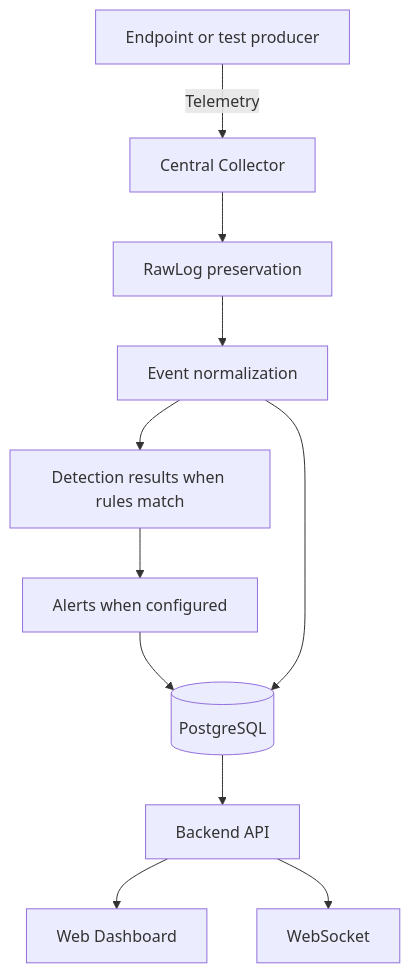
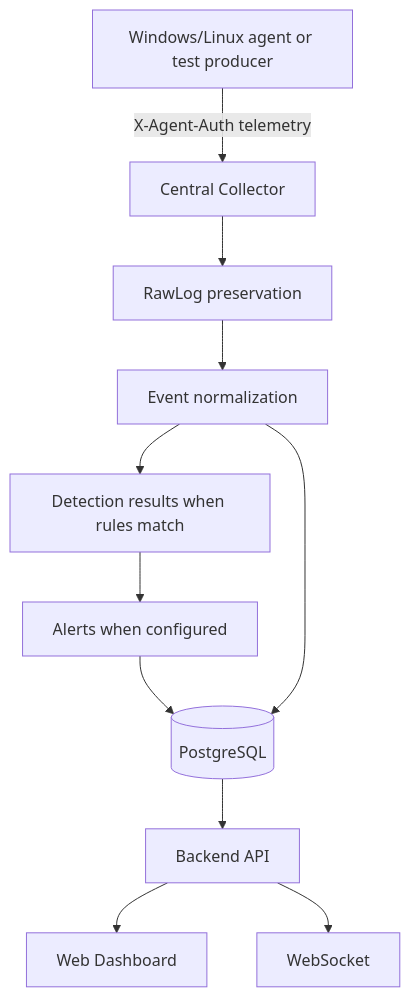
Before and after one commit to vishal-s-se/SOC-Monitoring-Dashboard: the diagram in docs/architecture/README.md, drawn with Mermaid. The commit also changed other lines of this file and 26 other files, not shown here.

````diff
--- a/docs/architecture/README.md
+++ b/docs/architecture/README.md
@@ -7,13 +7,13 @@
 ```mermaid
 flowchart TD
-    E[Endpoint or test producer] -->|Telemetry| C[Central Collector]
+    E[Windows/Linux agent or test producer] -->|X-Agent-Auth telemetry| C[Central Collector]
     C --> R[RawLog preservation]
     R --> N[Event normalization]
     N --> D[Detection results when rules match]
     D --> A[Alerts when configured]
     A --> DB[(PostgreSQL)]
     N --> DB
     DB --> API[Backend API]
     API --> UI[Web Dashboard]
     API --> WS[WebSocket]
 ```
````
